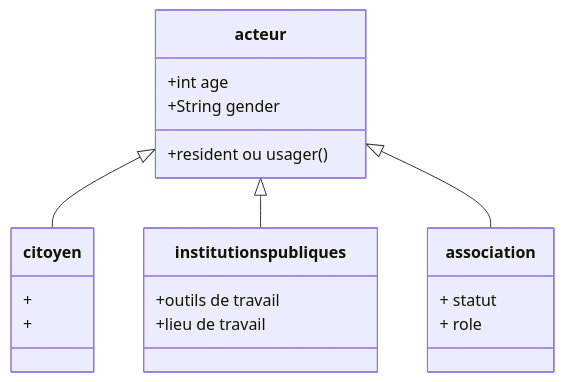
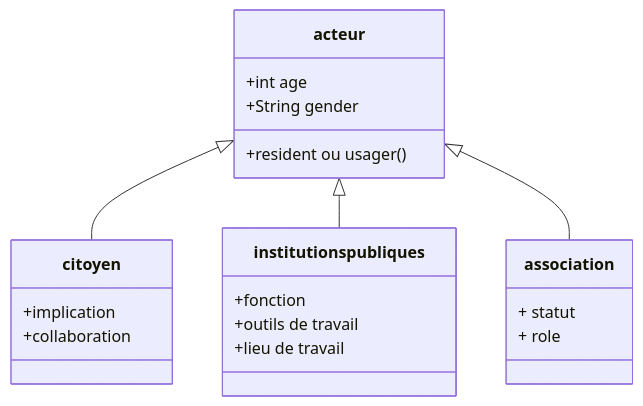
Before and after one commit to kahiarchi/plaine---saint--Denis---batiment-: the diagram in sources/acteurskahiarchi.md, drawn with Mermaid.

Commit message:
Refactor classes and remove unused properties

````diff
--- a/sources/acteurskahiarchi.md
+++ b/sources/acteurskahiarchi.md
@@ -1,24 +1,24 @@
 ```mermaid
 classDiagram
     acteur <|-- citoyen
     acteur <|-- institutions publiques
     acteur <|-- association
 
     acteur : +int age
     acteur : +String gender
     acteur: +resident ou usager()
 
   class citoyen{
-      +
-     +
+     +implication 
+     +collaboration 
     }
     class institutions publiques{
-      +outils de travail
-     +lieu de travail
+          +fonction
+          +outils de travail
+          +lieu de travail
     }
     class association{
       + statut
      +  role
-  
      }
 ```
````
